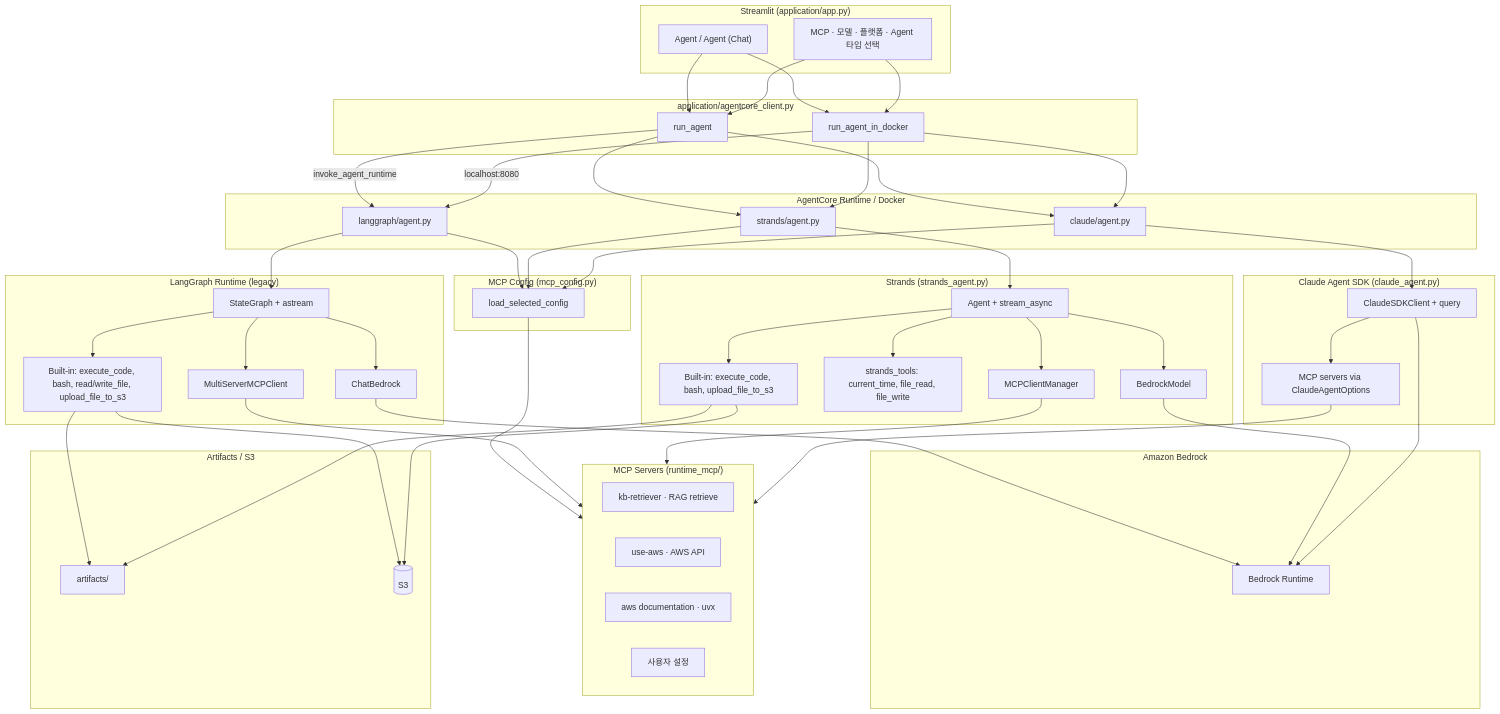
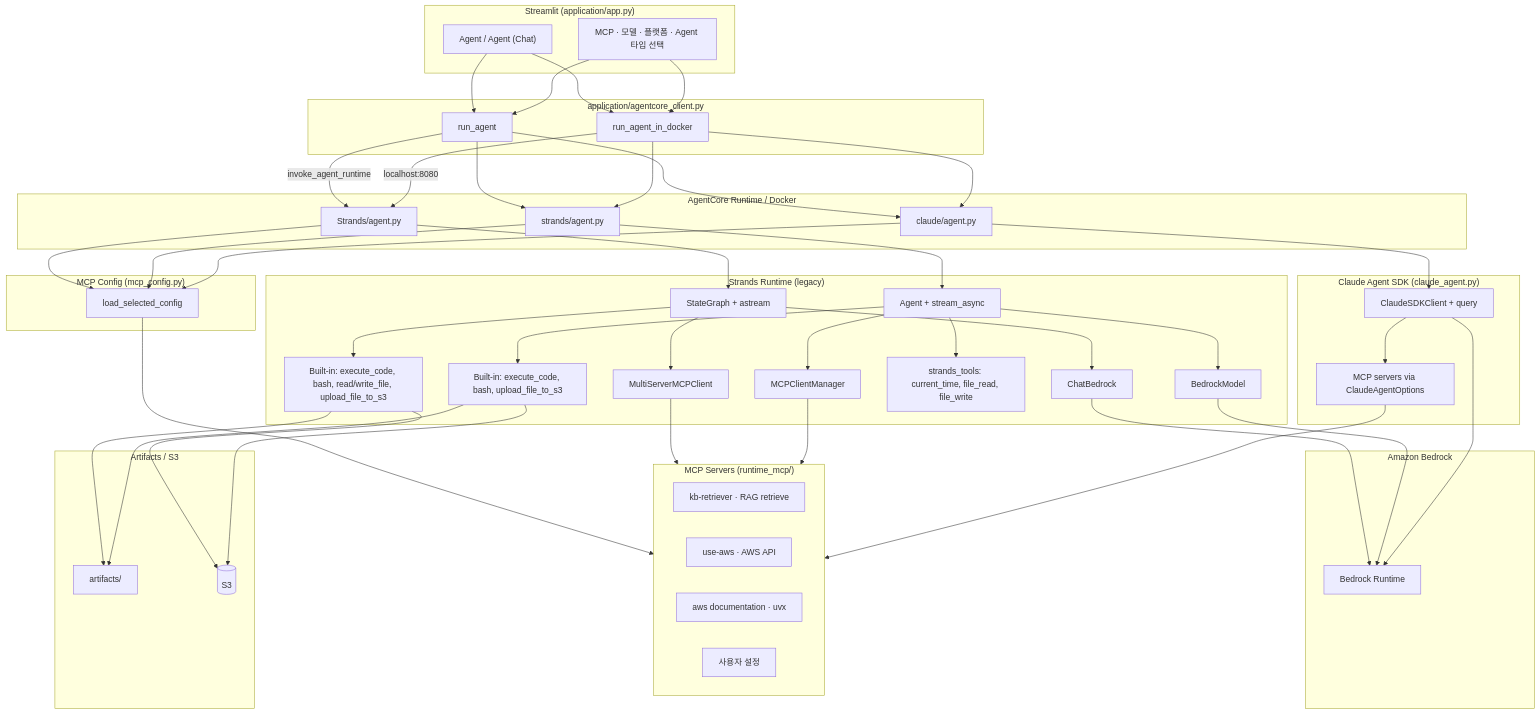
Before and after one commit to kyopark2014/strands-runtime: the diagram in README.md, drawn with Mermaid. The commit also changed other lines of this file, not shown here.

```diff
--- a/README.md
+++ b/README.md
@@ -30,12 +30,12 @@
   end
 
   subgraph Runtime["AgentCore Runtime / Docker"]
-    LG["langgraph/agent.py"]
+    LG["Strands/agent.py"]
     ST["strands/agent.py"]
     CL["claude/agent.py"]
   end
 
-  subgraph LangGraphStack["LangGraph Runtime (legacy)"]
+  subgraph StrandsStack["Strands Runtime (legacy)"]
     LGA[StateGraph + astream]
     LGB["Built-in: execute_code, bash, read/write_file, upload_file_to_s3"]
     LGM[MultiServerMCPClient]
```
